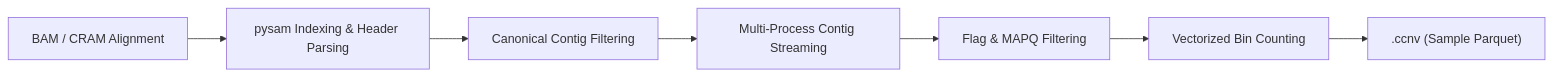
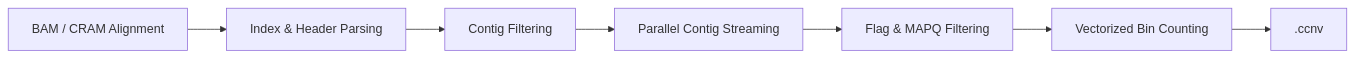
One commit to matthdsm/ccnv changed the first of 3 diagrams in docs/cli.md. Above: the diagram before and after it, drawn with Mermaid. The commit also changed other lines of this file and 29 other files, not shown here.

````diff
--- a/docs/cli.md
+++ b/docs/cli.md
@@ -42,9 +32,9 @@
 ```mermaid
 flowchart LR
-    A["BAM / CRAM Alignment"] --> B["pysam Indexing & Header Parsing"]
-    B --> C["Canonical Contig Filtering"]
-    C --> D["Multi-Process Contig Streaming"]
+    A["BAM / CRAM Alignment"] --> B["Index & Header Parsing"]
+    B --> C["Contig Filtering"]
+    C --> D["Parallel Contig Streaming"]
     D --> E["Flag & MAPQ Filtering"]
     E --> F["Vectorized Bin Counting"]
-    F --> G["<prefix>.ccnv (Sample Parquet)"]
+    F --> G["<prefix>.ccnv"]
 ```
````
